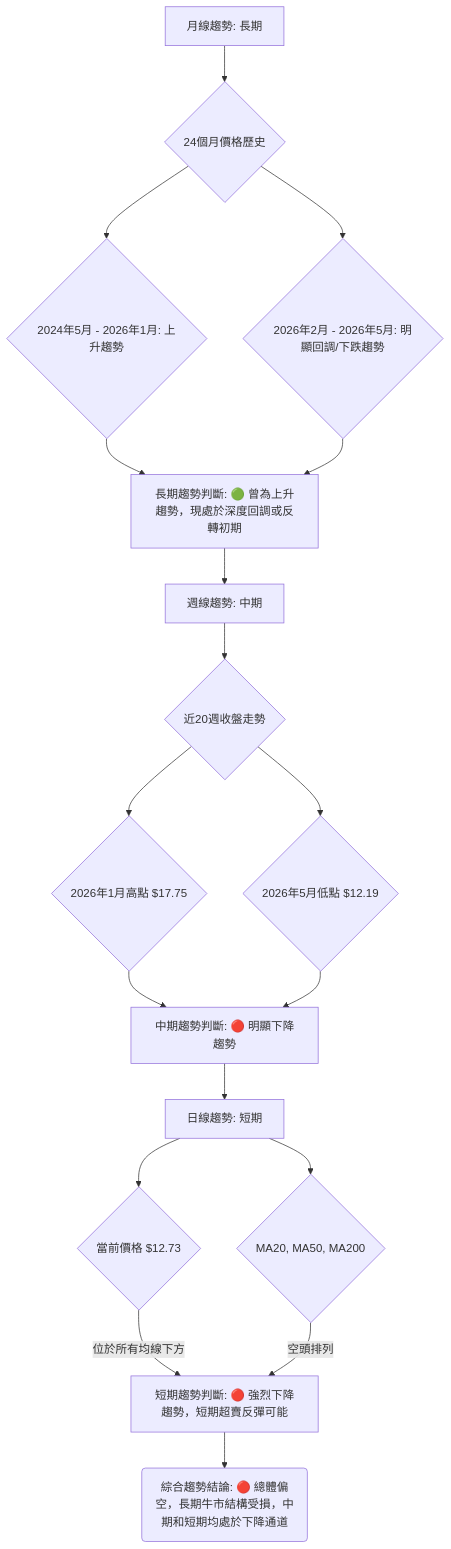
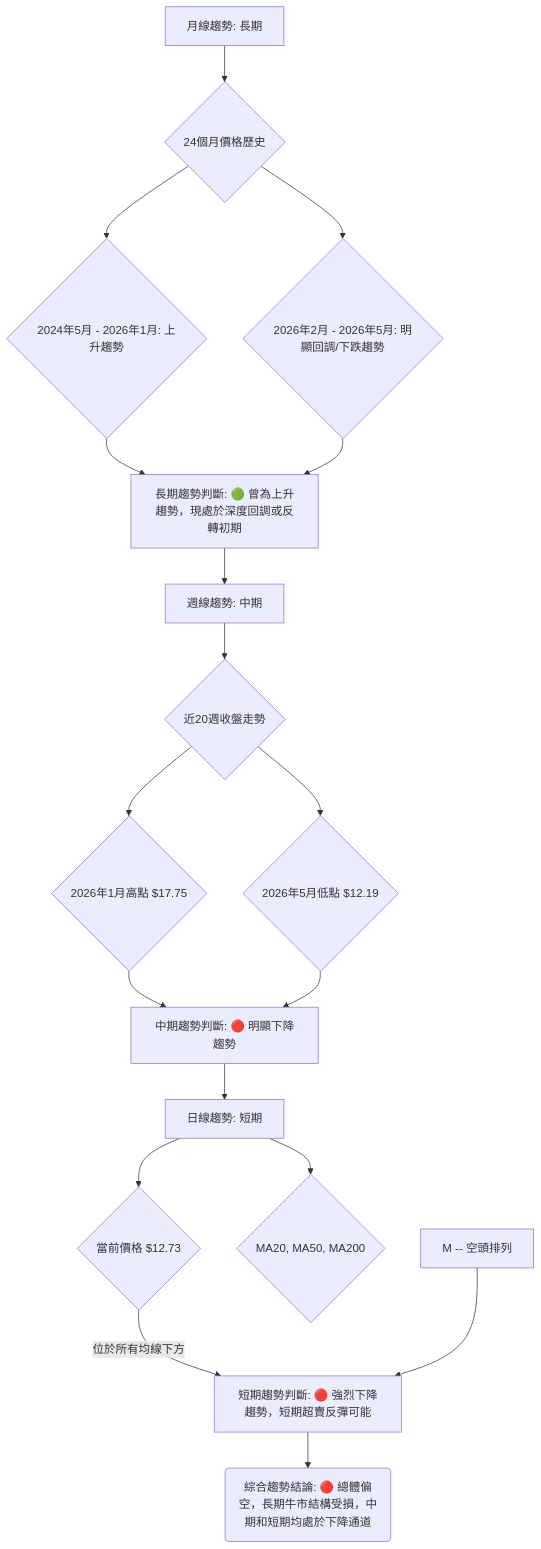
Before and after one commit to yennanliu/finance_data: the second of 7 diagrams in ai_gen_report/stock/nu/technical_analysis_2026-05-26_gemini.md, drawn with Mermaid. The commit also changed other lines of this file and 2258 other files, not shown here.

First line of the commit message:
chore: backfill Mermaid syntax repair across existing reports

````diff
--- a/ai_gen_report/stock/nu/technical_analysis_2026-05-26_gemini.md
+++ b/ai_gen_report/stock/nu/technical_analysis_2026-05-26_gemini.md
@@ -137,23 +137,23 @@
 ```mermaid
 graph TD
-    A[月線趨勢: 長期] --> B{24個月價格歷史}
-    B --> C{2024年5月 - 2026年1月: 上升趨勢}
-    B --> D{2026年2月 - 2026年5月: 明顯回調/下跌趨勢}
-    C --> E[長期趨勢判斷: 🟢 曾為上升趨勢，現處於深度回調或反轉初期]
+    A["月線趨勢: 長期"] --> B{"24個月價格歷史"}
+    B --> C{"2024年5月 - 2026年1月: 上升趨勢"}
+    B --> D{"2026年2月 - 2026年5月: 明顯回調/下跌趨勢"}
+    C --> E["長期趨勢判斷: 🟢 曾為上升趨勢，現處於深度回調或反轉初期"]
     D --> E
 
-    E --> F[週線趨勢: 中期]
-    F --> G{近20週收盤走勢}
-    G --> H{2026年1月高點 $17.75}
-    G --> I{2026年5月低點 $12.19}
-    H --> J[中期趨勢判斷: 🔴 明顯下降趨勢]
+    E --> F["週線趨勢: 中期"]
+    F --> G{"近20週收盤走勢"}
+    G --> H{"2026年1月高點 $17.75"}
+    G --> I{"2026年5月低點 $12.19"}
+    H --> J["中期趨勢判斷: 🔴 明顯下降趨勢"]
     I --> J
 
-    J --> K[日線趨勢: 短期]
-    K --> L{當前價格 $12.73}
-    K --> M{MA20, MA50, MA200}
-    L -- 位於所有均線下方 --> N[短期趨勢判斷: 🔴 強烈下降趨勢，短期超賣反彈可能]
-    M -- 空頭排列 --> N
+    J --> K["日線趨勢: 短期"]
+    K --> L{"當前價格 $12.73"}
+    K --> M{"MA20, MA50, MA200"}
+    L -- 位於所有均線下方 --> N["短期趨勢判斷: 🔴 強烈下降趨勢，短期超賣反彈可能"]
+    nb1["M -- 空頭排列"] --> N
 
-    N --> O(綜合趨勢結論: 🔴 總體偏空，長期牛市結構受損，中期和短期均處於下降通道)
+    N --> O("綜合趨勢結論: 🔴 總體偏空，長期牛市結構受損，中期和短期均處於下降通道")
 ```
````
